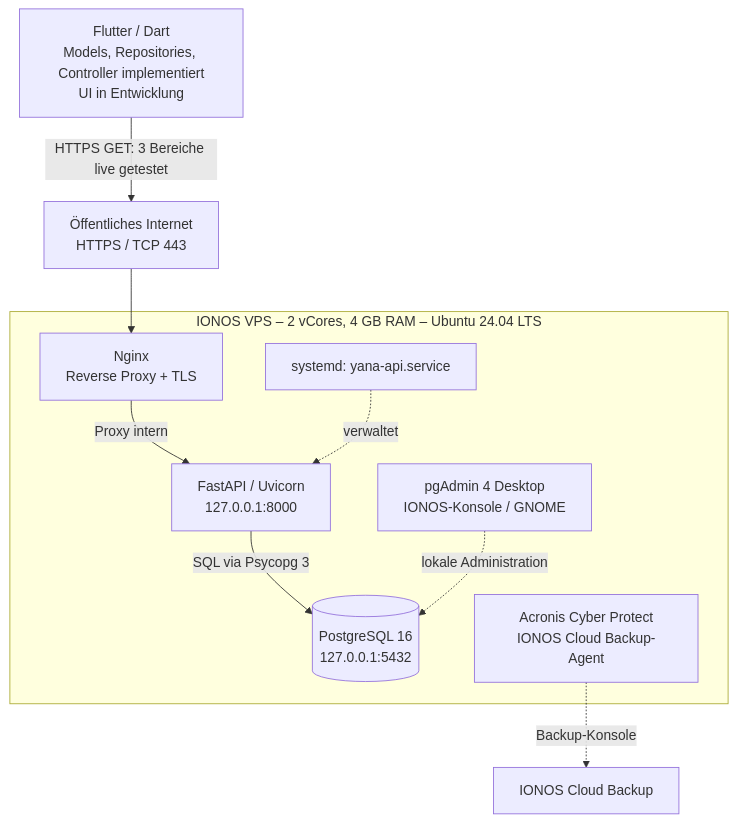
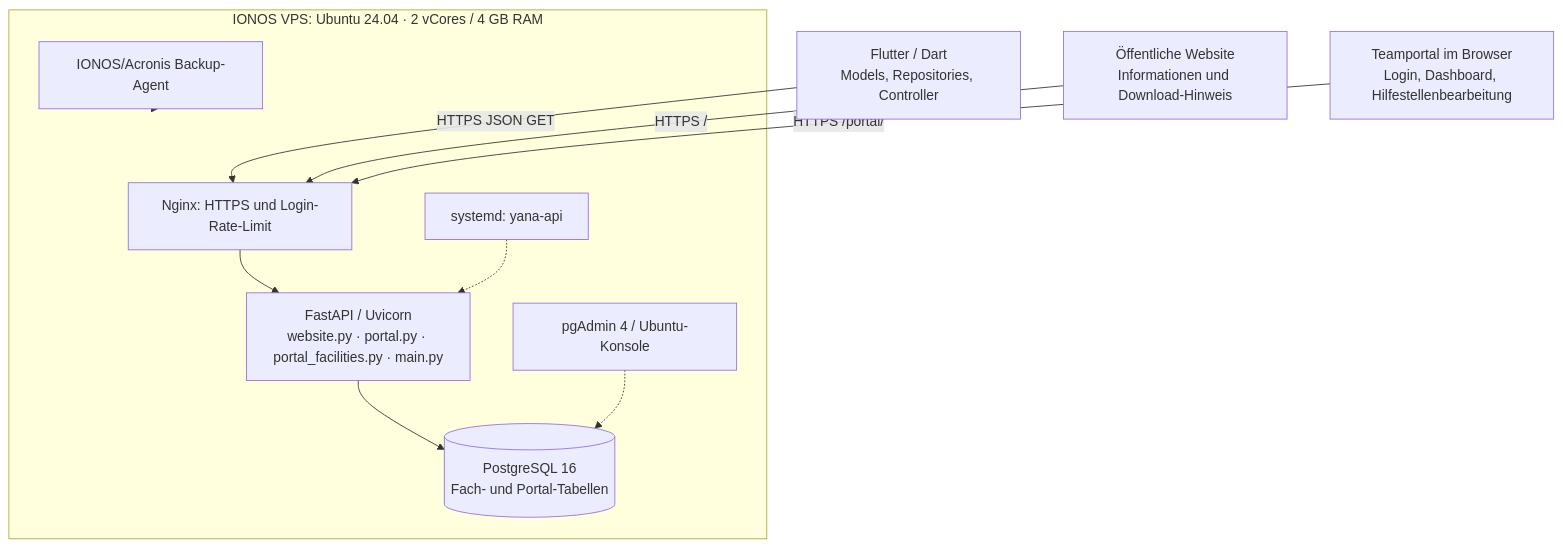
One commit to Pferdusmaximus/YANA-A-B-S changed the first of 2 diagrams in docs/technik/architektur.md. Above: the diagram before and after it, drawn with Mermaid. The commit also changed other lines of this file and 28 other files, not shown here.

````diff
--- a/docs/technik/architektur.md
+++ b/docs/technik/architektur.md
@@ -7,20 +9,22 @@
 ```mermaid
 flowchart TB
-    C["Flutter / Dart\nModels, Repositories, Controller implementiert\nUI in Entwicklung"]
-    P["Öffentliches Internet\nHTTPS / TCP 443"]
-    subgraph VPS["IONOS VPS – 2 vCores, 4 GB RAM – Ubuntu 24.04 LTS"]
-      N["Nginx\nReverse Proxy + TLS"]
-      F["FastAPI / Uvicorn\n127.0.0.1:8000"]
-      DB[("PostgreSQL 16\n127.0.0.1:5432")]
-      S["systemd: yana-api.service"]
-      B["Acronis Cyber Protect\nIONOS Cloud Backup-Agent"]
-      ADM["pgAdmin 4 Desktop\nIONOS-Konsole / GNOME"]
-      N -->|"Proxy intern"| F
-      F -->|"SQL via Psycopg 3"| DB
-      S -.->|"verwaltet"| F
-      ADM -.->|"lokale Administration"| DB
+    F["Flutter / Dart<br/>Models, Repositories, Controller"]
+    V["Öffentliche Website<br/>Informationen und Download-Hinweis"]
+    T["Teamportal im Browser<br/>Login, Dashboard, Hilfestellenbearbeitung"]
+    subgraph VPS["IONOS VPS: Ubuntu 24.04 · 2 vCores / 4 GB RAM"]
+      N["Nginx: HTTPS und Login-Rate-Limit"]
+      API["FastAPI / Uvicorn<br/>website.py · portal.py · portal_facilities.py · main.py"]
+      DB[("PostgreSQL 16<br/>Fach- und Portal-Tabellen")]
+      S["systemd: yana-api"]
+      B["IONOS/Acronis Backup-Agent"]
+      PG["pgAdmin 4 / Ubuntu-Konsole"]
+      N --> API
+      API --> DB
+      S -.-> API
+      PG -.-> DB
     end
-    C -->|"HTTPS GET: 3 Bereiche live getestet"| P
-    P --> N
-    B -.->|"Backup-Konsole"| X["IONOS Cloud Backup"]
+    F -->|"HTTPS JSON GET"| N
+    V -->|"HTTPS /"| N
+    T -->|"HTTPS /portal/"| N
+    B -.-> VPS
 ```
````
